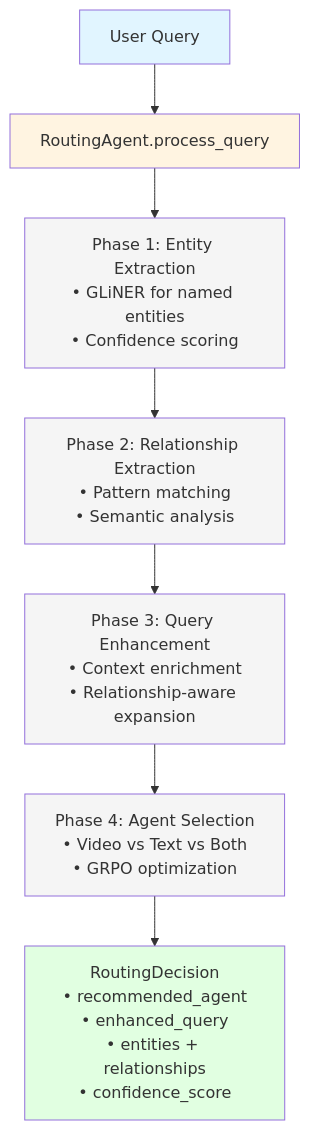
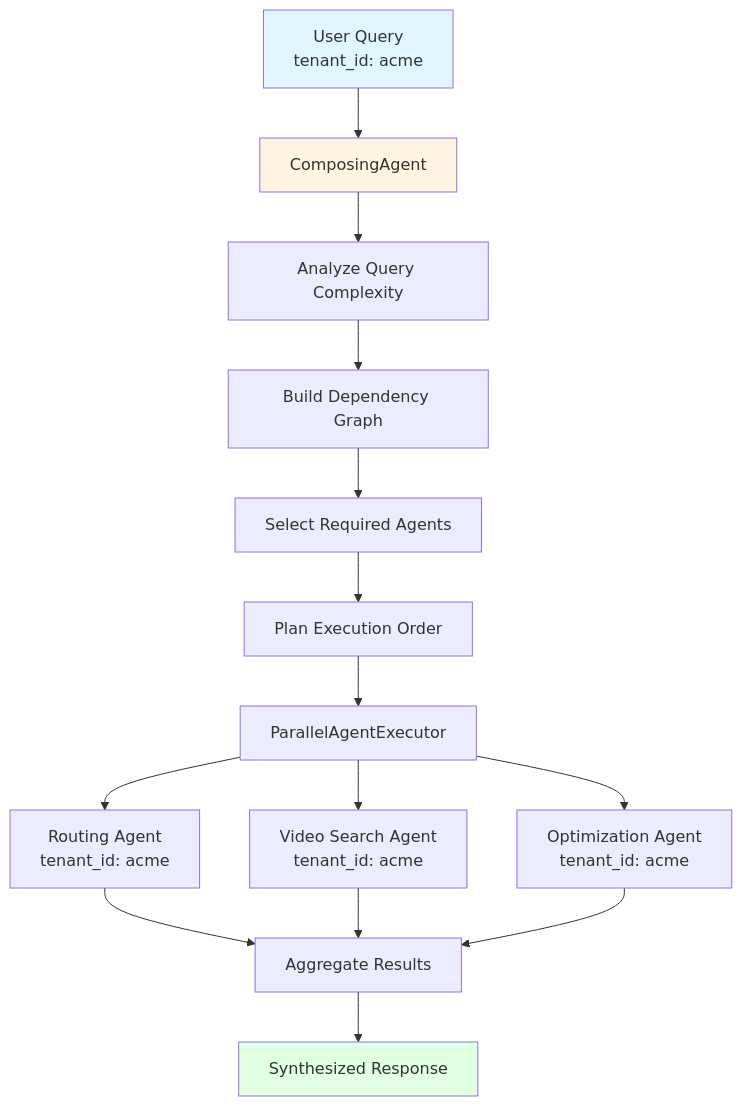
One commit to amit-jain/cogniverse changed the third of 4 diagrams in docs/modules/agents.md. Above: the diagram before and after it, drawn with Mermaid. The commit also changed other lines of this file and 25 other files, not shown here.

````diff
--- a/docs/modules/agents.md
+++ b/docs/modules/agents.md
@@ -72,19 +527,25 @@
 ```mermaid
 graph TB
-    UserQuery[User Query] --> ProcessQuery[RoutingAgent.process_query]
+    UserQuery[User Query<br/>tenant_id: acme] --> ComposingAgent[ComposingAgent]
 
-    ProcessQuery --> Phase1[Phase 1: Entity Extraction<br/>• GLiNER for named entities<br/>• Confidence scoring]
-    Phase1 --> Phase2[Phase 2: Relationship Extraction<br/>• Pattern matching<br/>• Semantic analysis]
-    Phase2 --> Phase3[Phase 3: Query Enhancement<br/>• Context enrichment<br/>• Relationship-aware expansion]
-    Phase3 --> Phase4[Phase 4: Agent Selection<br/>• Video vs Text vs Both<br/>• GRPO optimization]
+    ComposingAgent --> AnalyzeQuery[Analyze Query Complexity]
+    AnalyzeQuery --> BuildGraph[Build Dependency Graph]
+    BuildGraph --> SelectAgents[Select Required Agents]
+    SelectAgents --> PlanExecution[Plan Execution Order]
 
-    Phase4 --> Decision[RoutingDecision<br/>• recommended_agent<br/>• enhanced_query<br/>• entities + relationships<br/>• confidence_score]
+    PlanExecution --> ParallelExec[ParallelAgentExecutor]
+
+    ParallelExec --> RoutingAgent[Routing Agent<br/>tenant_id: acme]
+    ParallelExec --> VideoAgent[Video Search Agent<br/>tenant_id: acme]
+    ParallelExec --> OptimAgent[Optimization Agent<br/>tenant_id: acme]
+
+    RoutingAgent --> Aggregate[Aggregate Results]
+    VideoAgent --> Aggregate
+    OptimAgent --> Aggregate
+
+    Aggregate --> Response[Synthesized Response]
 
     style UserQuery fill:#e1f5ff
-    style ProcessQuery fill:#fff4e1
-    style Phase1 fill:#f5f5f5
-    style Phase2 fill:#f5f5f5
-    style Phase3 fill:#f5f5f5
-    style Phase4 fill:#f5f5f5
-    style Decision fill:#e1ffe1
+    style ComposingAgent fill:#fff4e1
+    style Response fill:#e1ffe1
 ```
````
